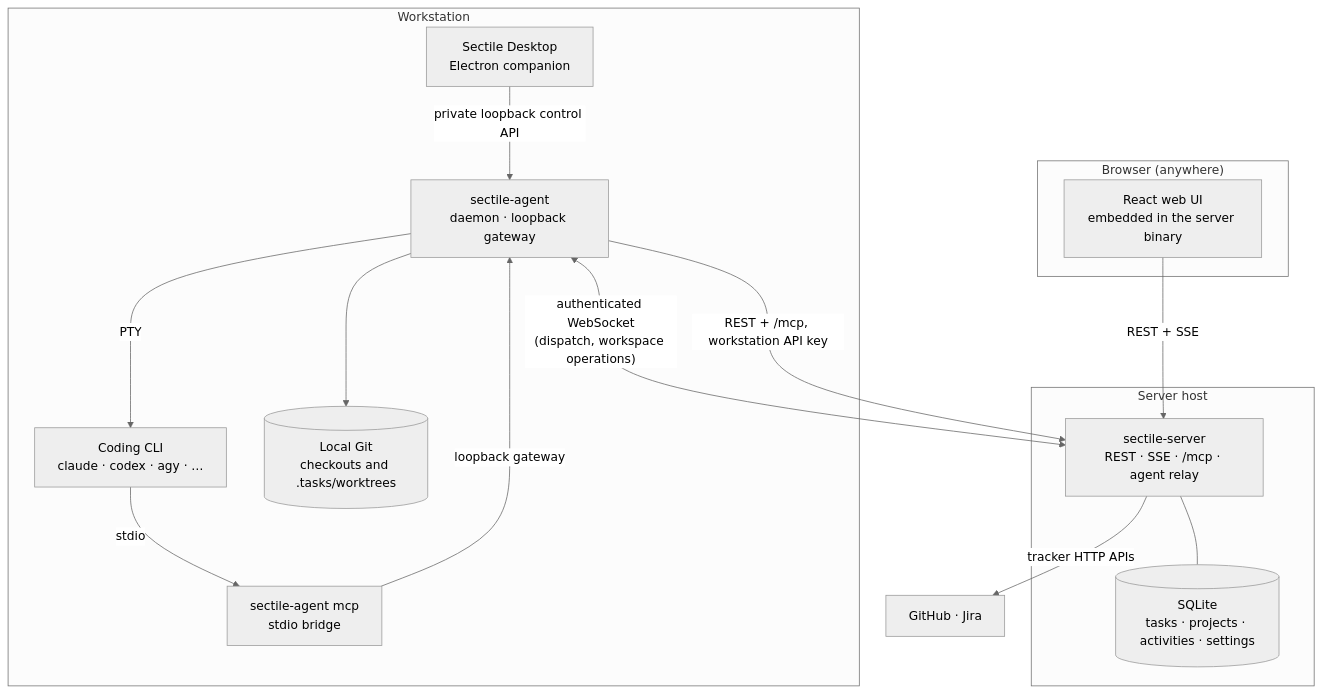
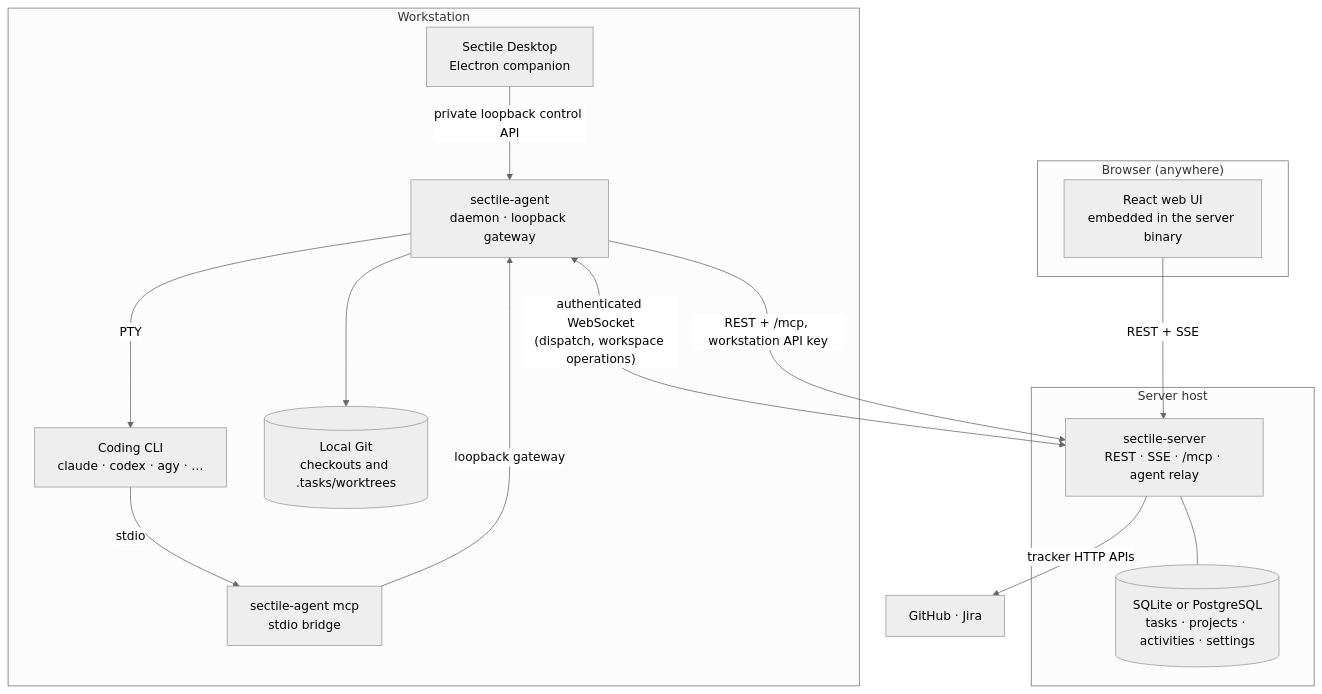
One commit to sebastienferry/sectile changed the first of 3 diagrams in docs/ARCHITECTURE.md. Above: the diagram before and after it, drawn with Mermaid (neutral theme). The commit also changed other lines of this file and 6 other files, not shown here.

First line of the commit message:
docs(db): document the PostgreSQL option and gate it in CI

````diff
--- a/docs/ARCHITECTURE.md
+++ b/docs/ARCHITECTURE.md
@@ -12,32 +12,32 @@
 ```mermaid
 flowchart TB
     subgraph browser["Browser (anywhere)"]
         UI["React web UI<br/>embedded in the server binary"]
     end
 
     subgraph host["Server host"]
         Server["sectile-server<br/>REST · SSE · /mcp · agent relay"]
-        Store[("SQLite<br/>tasks · projects · activities · settings")]
+        Store[("SQLite or PostgreSQL<br/>tasks · projects · activities · settings")]
         Server --- Store
     end
 
     subgraph workstation["Workstation"]
         Desktop["Sectile Desktop<br/>Electron companion"]
         Agent["sectile-agent<br/>daemon · loopback gateway"]
         CLI["Coding CLI<br/>claude · codex · agy · …"]
         Bridge["sectile-agent mcp<br/>stdio bridge"]
         Repos[("Local Git<br/>checkouts and .tasks/worktrees")]
         Desktop -->|"private loopback control API"| Agent
         Agent -->|"PTY"| CLI
         CLI -->|"stdio"| Bridge
         Bridge -->|"loopback gateway"| Agent
         Agent --> Repos
     end
 
     Forges["GitHub · Jira"]
 
     UI -->|"REST + SSE"| Server
     Agent <-->|"authenticated WebSocket<br/>(dispatch, workspace operations)"| Server
     Agent -->|"REST + /mcp, workstation API key"| Server
     Server -->|"tracker HTTP APIs"| Forges
 ```
````
